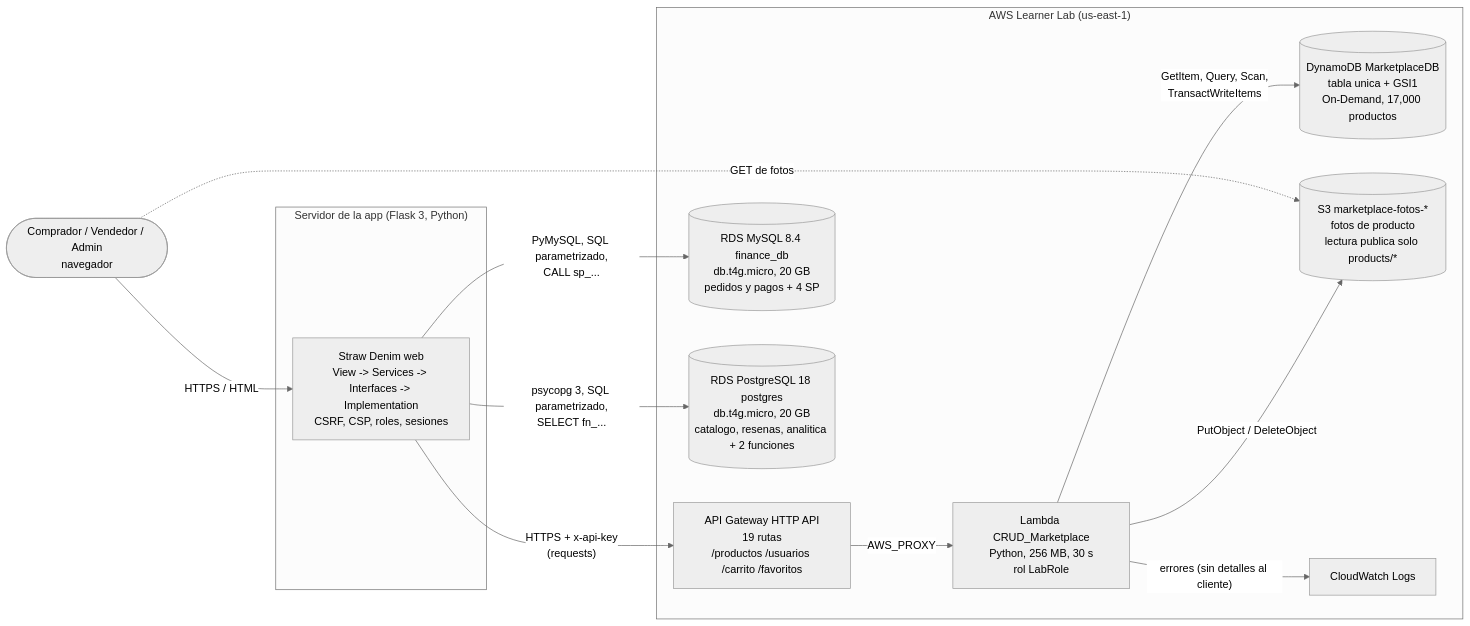
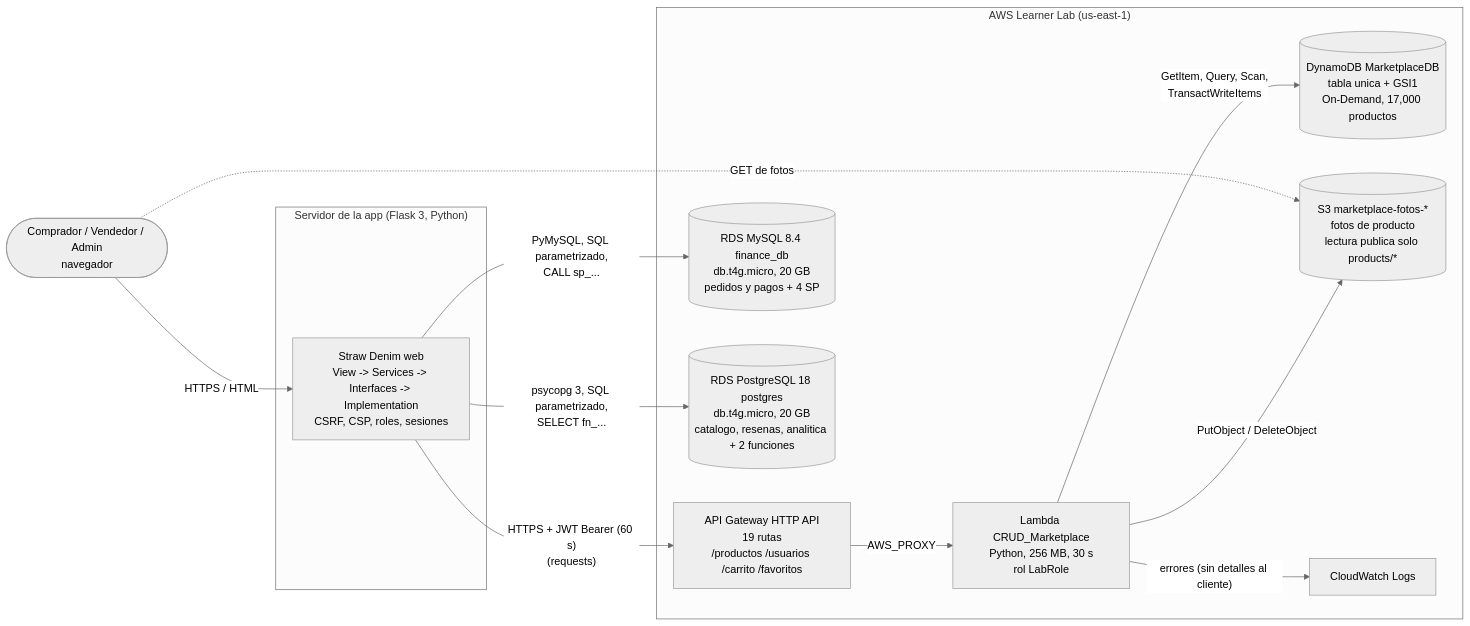
One commit to aliiyjm/Marketplace changed the first of 4 diagrams in docs/ARQUITECTURA_AWS.md. Above: the diagram before and after it, drawn with Mermaid (neutral theme). The commit also changed other lines of this file and 21 other files, not shown here.

````diff
--- a/docs/ARQUITECTURA_AWS.md
+++ b/docs/ARQUITECTURA_AWS.md
@@ -8,28 +8,28 @@
 ```mermaid
 flowchart LR
     user(["Comprador / Vendedor / Admin<br/>navegador"])
 
     subgraph local["Servidor de la app (Flask 3, Python)"]
         flask["Straw Denim web<br/>View -> Services -> Interfaces -> Implementation<br/>CSRF, CSP, roles, sesiones"]
     end
 
     subgraph aws["AWS Learner Lab (us-east-1)"]
         apigw["API Gateway HTTP API<br/>19 rutas<br/>/productos /usuarios /carrito /favoritos"]
         lambda["Lambda CRUD_Marketplace<br/>Python, 256 MB, 30 s<br/>rol LabRole"]
         ddb[("DynamoDB MarketplaceDB<br/>tabla unica + GSI1<br/>On-Demand, 17,000 productos")]
         s3[("S3 marketplace-fotos-*<br/>fotos de producto<br/>lectura publica solo products/*")]
         mysql[("RDS MySQL 8.4 finance_db<br/>db.t4g.micro, 20 GB<br/>pedidos y pagos + 4 SP")]
         pg[("RDS PostgreSQL 18 postgres<br/>db.t4g.micro, 20 GB<br/>catalogo, resenas, analitica + 2 funciones")]
         cw["CloudWatch Logs"]
     end
 
     user -- "HTTPS / HTML" --> flask
     user -. "GET de fotos" .-> s3
-    flask -- "HTTPS + x-api-key<br/>(requests)" --> apigw
+    flask -- "HTTPS + JWT Bearer (60 s)<br/>(requests)" --> apigw
     apigw -- "AWS_PROXY" --> lambda
     lambda -- "GetItem, Query, Scan,<br/>TransactWriteItems" --> ddb
     lambda -- "PutObject / DeleteObject" --> s3
     lambda -- "errores (sin detalles al cliente)" --> cw
     flask -- "PyMySQL, SQL parametrizado,<br/>CALL sp_..." --> mysql
     flask -- "psycopg 3, SQL parametrizado,<br/>SELECT fn_..." --> pg
 ```
````
